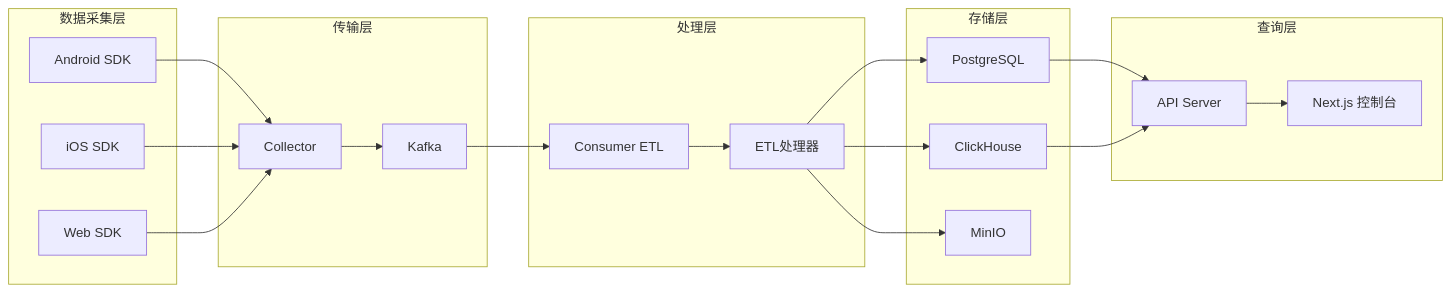
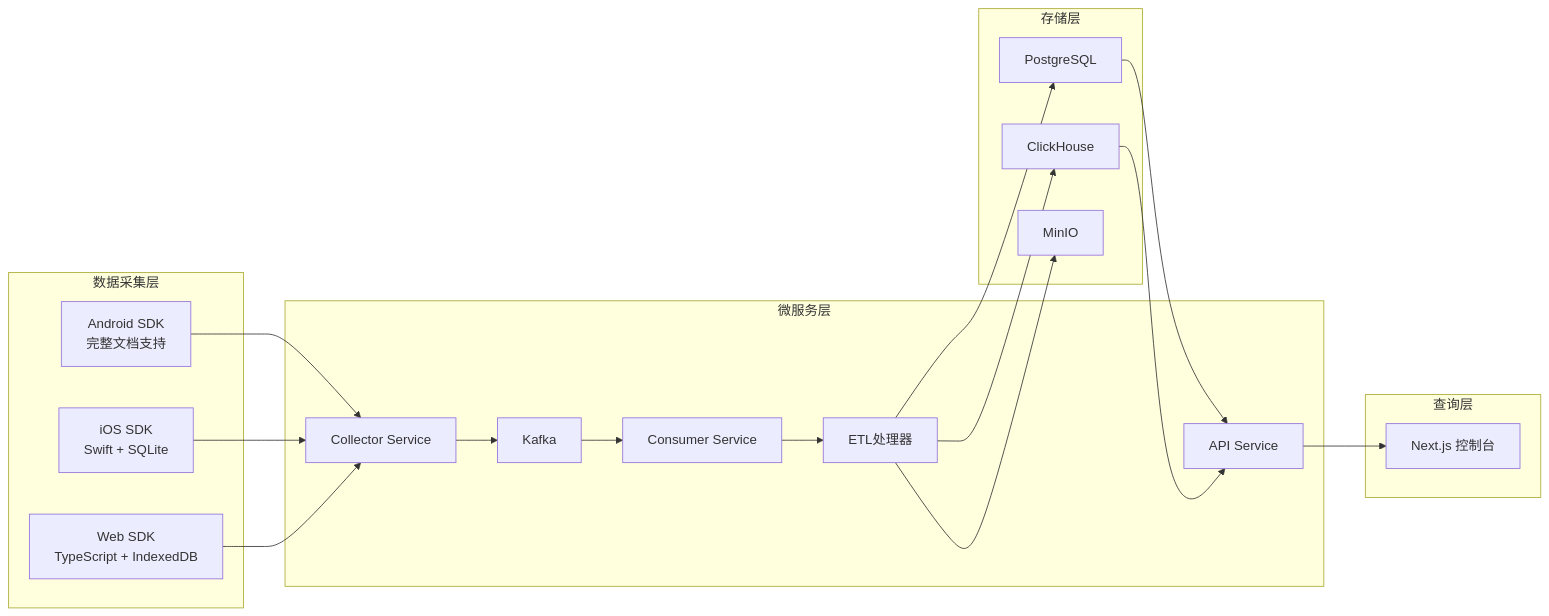
The second of 11 diagrams in .qoder/repowiki/zh/content/项目概述/项目概述.md (zhen-zhong/AeroLog), drawn with Mermaid before and after one commit. The commit also changed other lines of this file and 105 other files, not shown here.

````diff
--- a/.qoder/repowiki/zh/content/项目概述/项目概述.md
+++ b/.qoder/repowiki/zh/content/项目概述/项目概述.md
@@ -114,37 +132,35 @@
 ```mermaid
 graph LR
 subgraph "数据采集层"
-A["Android SDK"]
-I["iOS SDK"]
-W["Web SDK"]
+A["Android SDK<br/>完整文档支持"]
+I["iOS SDK<br/>Swift + SQLite"]
+W["Web SDK<br/>TypeScript + IndexedDB"]
 end
-subgraph "传输层"
-C["Collector"]
+subgraph "微服务层"
+C["Collector Service"]
 K["Kafka"]
-end
-subgraph "处理层"
-CE["Consumer ETL"]
+CE["Consumer Service"]
 E["ETL处理器"]
+API["API Service"]
 end
 subgraph "存储层"
 CH["ClickHouse"]
 PG["PostgreSQL"]
 M["MinIO"]
 end
 subgraph "查询层"
-API["API Server"]
 N["Next.js 控制台"]
 end
 A --> C
 I --> C
 W --> C
 C --> K
 K --> CE
 CE --> E
 E --> CH
 E --> PG
 E --> M
 PG --> API
 CH --> API
 API --> N
 ```
````
